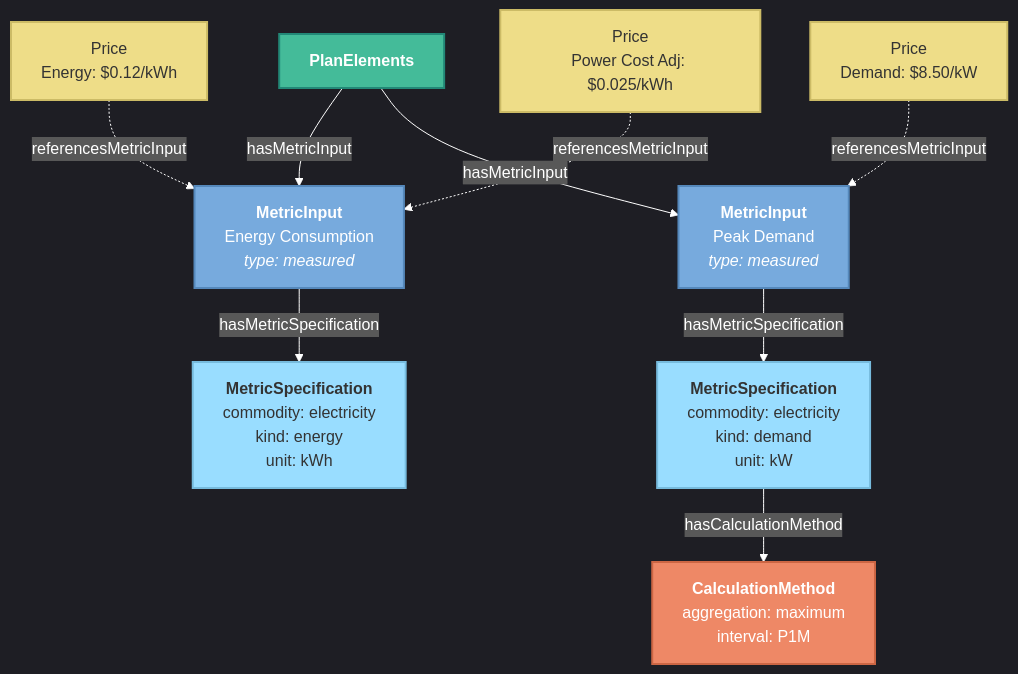
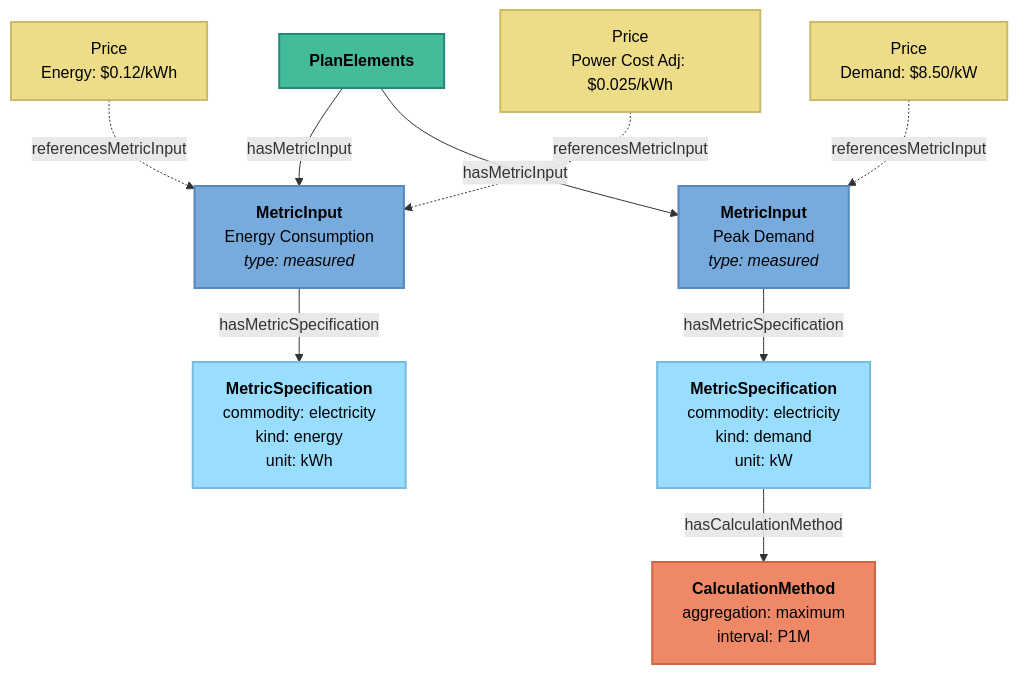
Before and after one commit to urpx-org/urpx: the third of 5 diagrams in documentation/pages/urpx-tutorial.md, drawn with Mermaid. The commit also changed other lines of this file and 65 other files, not shown here.

````diff
--- a/documentation/pages/urpx-tutorial.md
+++ b/documentation/pages/urpx-tutorial.md
@@ -400,40 +398,39 @@
 ```mermaid
-%%{init: {'theme':'dark', 'themeVariables': { 'darkMode':'true', 'background':'#000000', 'primaryColor':'#77AADD', 'primaryTextColor':'#ffffff', 'primaryBorderColor':'#5588BB', 'lineColor':'#ffffff', 'secondaryColor':'#44BB99', 'tertiaryColor':'#EE8866', 'textColor':'#ffffff', 'nodeTextColor':'#ffffff'}}}%%
 
 graph TB
     PE["<b>PlanElements</b>"]
 
     MI1["<b>MetricInput</b><br/>Energy Consumption<br/><i>type: measured</i>"]
     MI2["<b>MetricInput</b><br/>Peak Demand<br/><i>type: measured</i>"]
 
     MS1["<b>MetricSpecification</b><br/>commodity: electricity<br/>kind: energy<br/>unit: kWh"]
     MS2["<b>MetricSpecification</b><br/>commodity: electricity<br/>kind: demand<br/>unit: kW"]
 
     CM1["<b>CalculationMethod</b><br/>aggregation: maximum<br/>interval: P1M"]
 
     P1["Price<br/>Energy: $0.12/kWh"]
     P2["Price<br/>Demand: $8.50/kW"]
     P3["Price<br/>Power Cost Adj: $0.025/kWh"]
 
     PE -->|"hasMetricInput"| MI1
     PE -->|"hasMetricInput"| MI2
     MI1 -->|"hasMetricSpecification"| MS1
     MI2 -->|"hasMetricSpecification"| MS2
     MS2 -->|"hasCalculationMethod"| CM1
 
     P1 -.->|"referencesMetricInput"| MI1
     P3 -.->|"referencesMetricInput"| MI1
     P2 -.->|"referencesMetricInput"| MI2
 
-    classDef elemClass fill:#44BB99,stroke:#228877,stroke-width:2px,color:#fff
-    classDef metricClass fill:#77AADD,stroke:#5588BB,stroke-width:2px,color:#fff
-    classDef specClass fill:#99DDFF,stroke:#77BBDD,stroke-width:2px,color:#333
-    classDef priceClass fill:#EEDD88,stroke:#CCBB66,stroke-width:2px,color:#333
-    classDef calcClass fill:#EE8866,stroke:#CC6644,stroke-width:2px,color:#fff
+    classDef elemClass fill:#44BB99,stroke:#228877,stroke-width:2px,color:#000
+    classDef metricClass fill:#77AADD,stroke:#5588BB,stroke-width:2px,color:#000
+    classDef specClass fill:#99DDFF,stroke:#77BBDD,stroke-width:2px,color:#000
+    classDef priceClass fill:#EEDD88,stroke:#CCBB66,stroke-width:2px,color:#000
+    classDef calcClass fill:#EE8866,stroke:#CC6644,stroke-width:2px,color:#000
 
     class PE elemClass
     class MI1,MI2 metricClass
     class MS1,MS2 specClass
     class CM1 calcClass
     class P1,P2,P3 priceClass
 ```
````
